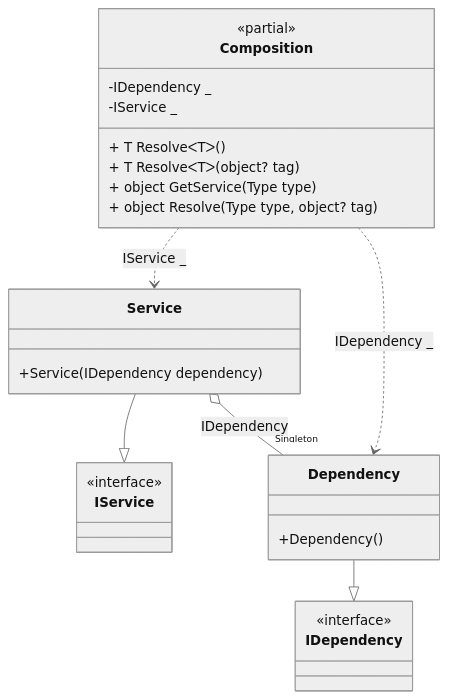
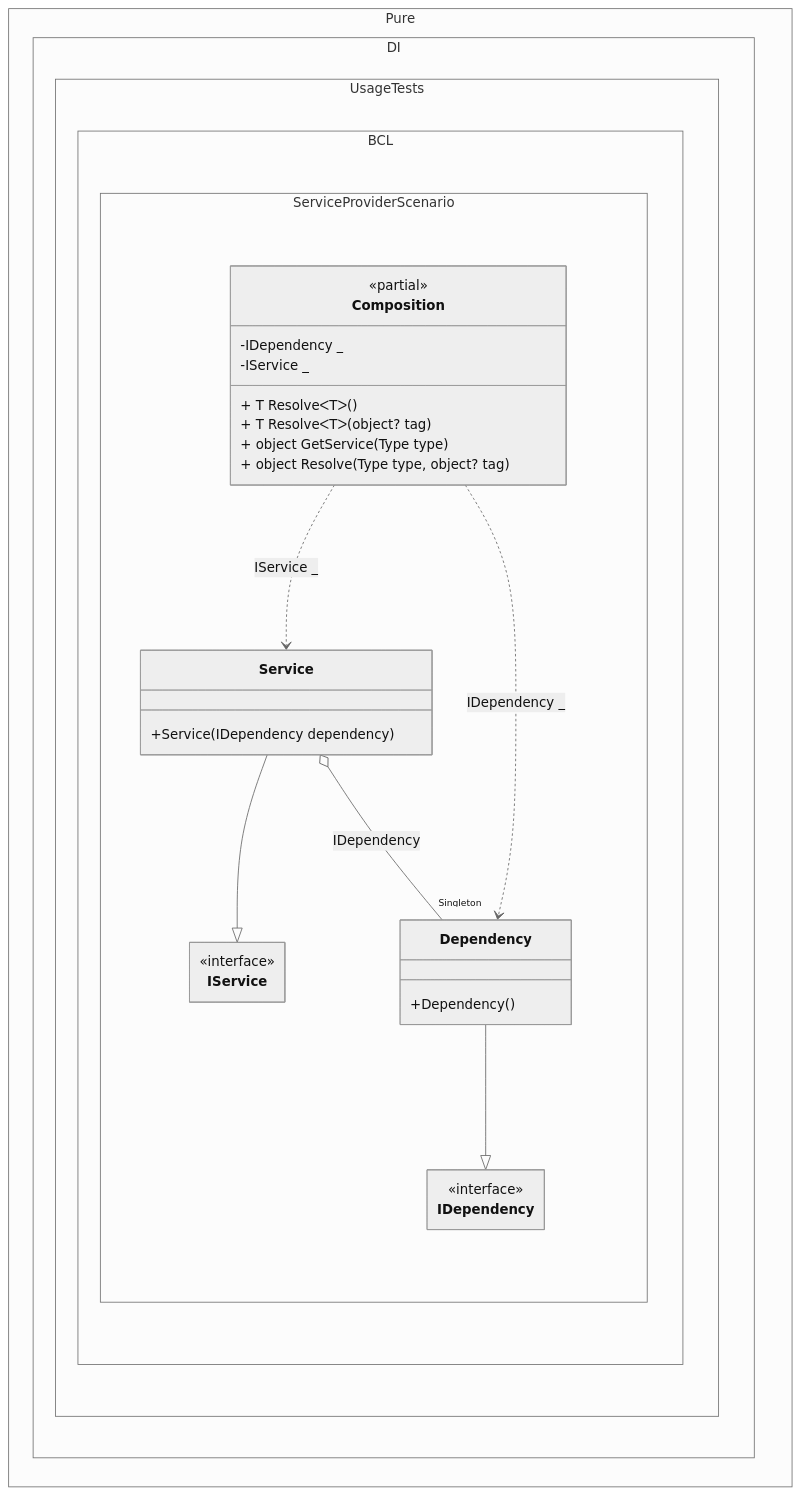
The diagram in readme/service-provider.md (DevTeam/Pure.DI), drawn with Mermaid (neutral theme) before and after one commit. The commit also changed 103 other files, not shown here.

Commit message:
Improved class diagrams

````diff
--- a/readme/service-provider.md
+++ b/readme/service-provider.md
@@ -247,29 +247,36 @@
 ```mermaid
+---
+ config:
+  class:
+   hideEmptyMembersBox: true
+---
 classDiagram
-	class Composition {
+	Service --|> IService
+	Dependency --|> IDependency
+	Composition ..> Service : IService _
+	Composition ..> Dependency : IDependency _
+	Service o-- "Singleton" Dependency : IDependency
+	namespace Pure.DI.UsageTests.BCL.ServiceProviderScenario {
+		class Composition {
 		<<partial>>
 		-IDependency _
 		-IService _
 		+ T ResolveᐸTᐳ()
 		+ T ResolveᐸTᐳ(object? tag)
 		+ object GetService(Type type)
 		+ object Resolve(Type type, object? tag)
+		}
+		class Dependency {
+			+Dependency()
+		}
+		class IDependency {
+			<<interface>>
+		}
+		class IService {
+			<<interface>>
+		}
+		class Service {
+			+Service(IDependency dependency)
+		}
 	}
-	Service --|> IService
-	class Service {
-		+Service(IDependency dependency)
-	}
-	Dependency --|> IDependency
-	class Dependency {
-		+Dependency()
-	}
-	class IService {
-		<<interface>>
-	}
-	class IDependency {
-		<<interface>>
-	}
-	Composition ..> Service : IService _
-	Composition ..> Dependency : IDependency _
-	Service o-- "Singleton" Dependency : IDependency
 ```
````
